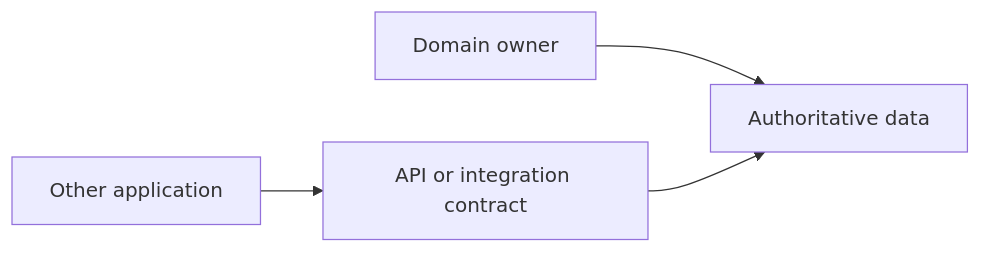
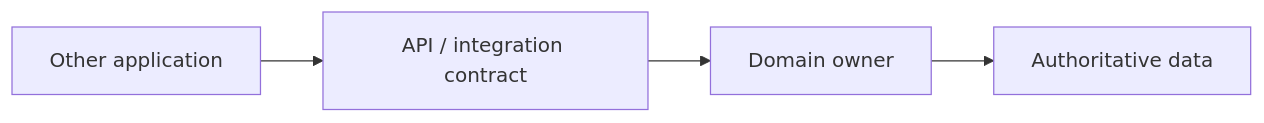
Before and after one commit to shuklasp/spp: the sixth of 9 diagrams in documentation/handbook/21-enterprise-architecture-and-deployment.md, drawn with Mermaid. The commit also changed other lines of this file, not shown here.

Commit message:
docs: reconcile enterprise architecture boundaries

````diff
--- a/documentation/handbook/21-enterprise-architecture-and-deployment.md
+++ b/documentation/handbook/21-enterprise-architecture-and-deployment.md
@@ -206,6 +149,6 @@
 ```mermaid
 flowchart LR
-    A[Domain owner] --> B[Authoritative data]
-    C[Other application] --> D[API or integration contract]
-    D --> B
+    Owner[Domain owner] --> Data[Authoritative data]
+    Consumer[Other application] --> Contract[API / integration contract]
+    Contract --> Owner
 ```
````
